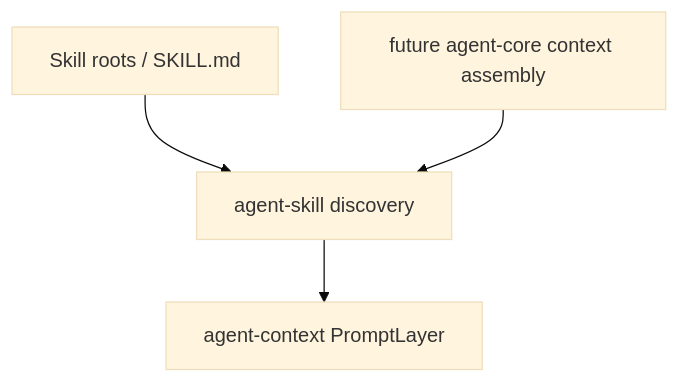
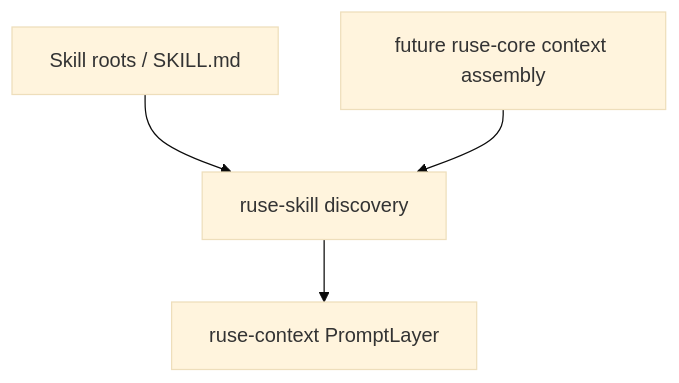
Before and after one commit to poneding/agent: the diagram in docs/specs/M07-03-skill-discovery.spec.md, drawn with Mermaid (base theme). The commit also changed other lines of this file and 2091 other files, not shown here.

First line of the commit message:
refactor: rename agent branding to ruse

````diff
--- a/docs/specs/M07-03-skill-discovery.spec.md
+++ b/docs/specs/M07-03-skill-discovery.spec.md
@@ -37,6 +37,6 @@
 ```mermaid
 flowchart TD
-  files["Skill roots / SKILL.md"] --> skill["agent-skill discovery"]
-  skill --> context["agent-context PromptLayer"]
-  future_core["future agent-core context assembly"] --> skill
+  files["Skill roots / SKILL.md"] --> skill["ruse-skill discovery"]
+  skill --> context["ruse-context PromptLayer"]
+  future_core["future ruse-core context assembly"] --> skill
 ```
````
